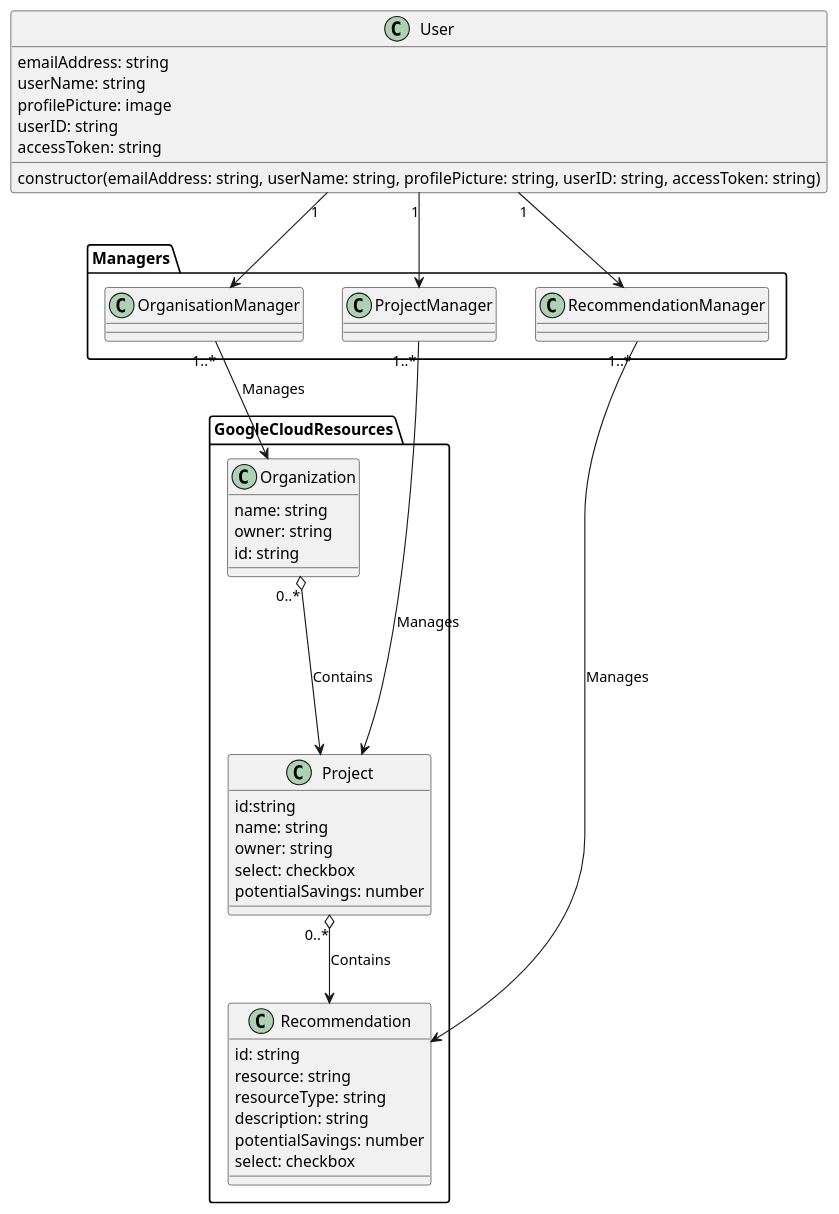
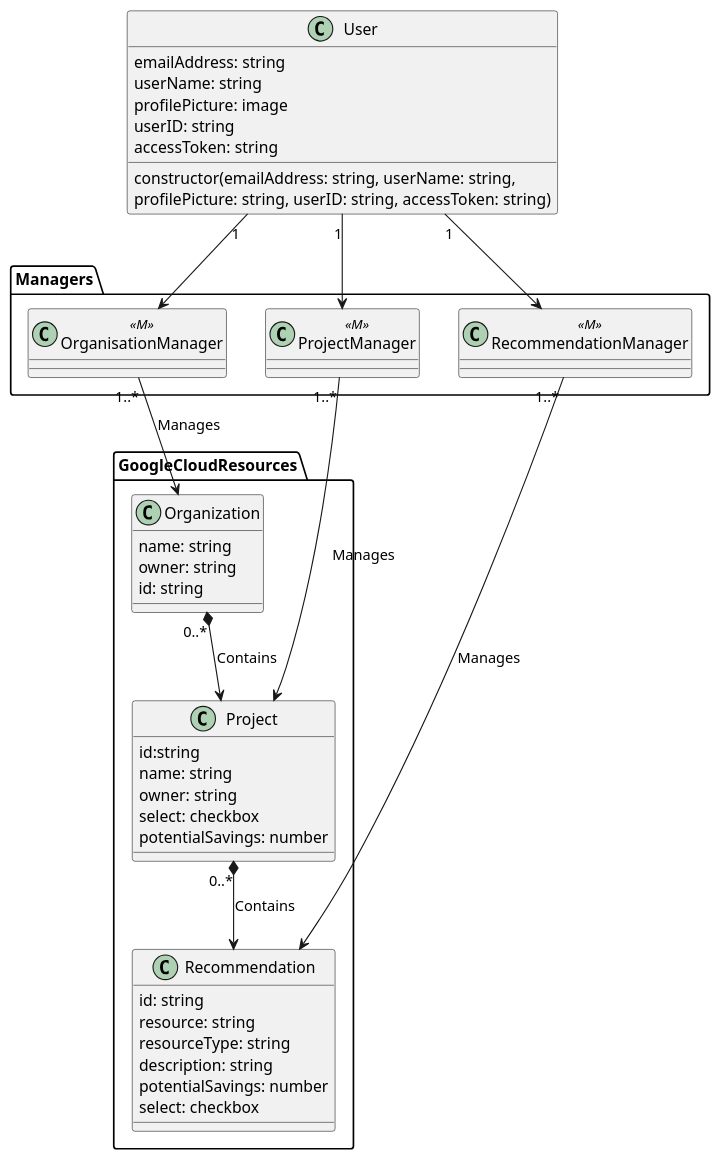
One commit to coyotiv-sose/graduation-project-tomnotthomas-1 changed the diagram in architecture/class.puml. Above: the diagram before and after it, drawn with PlantUML. The commit also changed 8 other files, not shown here.

Commit message:
deleted ID's and select methods for each class. Organisation now has an array of projects. Project now has array of recommendations, recommendation now has an array of projects. Created create search job to user. Currently not fully functioning.  Added error messages.

```diff
--- a/architecture/class.puml
+++ b/architecture/class.puml
@@ -1,57 +1,58 @@
 @startuml BusinessLogic
 
 package GoogleCloudResources {
 class Organization  {
   name: string
   owner: string
   id: string
   }
 
 class Project {
   id:string
   name: string
   owner: string
   select: checkbox
   potentialSavings: number
   }
 
 class Recommendation {
      id: string
       resource: string
       resourceType: string
       description: string
       potentialSavings: number
       select: checkbox
   }
 }
 
 class User {
-  constructor(emailAddress: string, userName: string, profilePicture: string, userID: string, accessToken: string)
+  constructor(emailAddress: string, userName: string,
+   profilePicture: string, userID: string, accessToken: string)
   emailAddress: string
       userName: string
       profilePicture: image
       userID: string
       accessToken: string
 
     }
 
 package Managers {
-class ProjectManager
+class ProjectManager <<M>>
 
-class OrganisationManager
+class OrganisationManager <<M>>
 
-class RecommendationManager
+class RecommendationManager <<M>>
 }
 
 User "1"--> OrganisationManager
 User "1"--> ProjectManager
 User "1"--> RecommendationManager
 
 OrganisationManager "1..*"--> Organization: Manages
 ProjectManager "1..*"--> Project: Manages
 RecommendationManager "1..*"--> Recommendation: Manages
 
-Organization "0..*" o---> Project: Contains
-Project "0..*" o--> Recommendation: Contains
+Organization "0..*" *--> Project: Contains
+Project "0..*" *--> Recommendation: Contains
 
 @enduml
```
